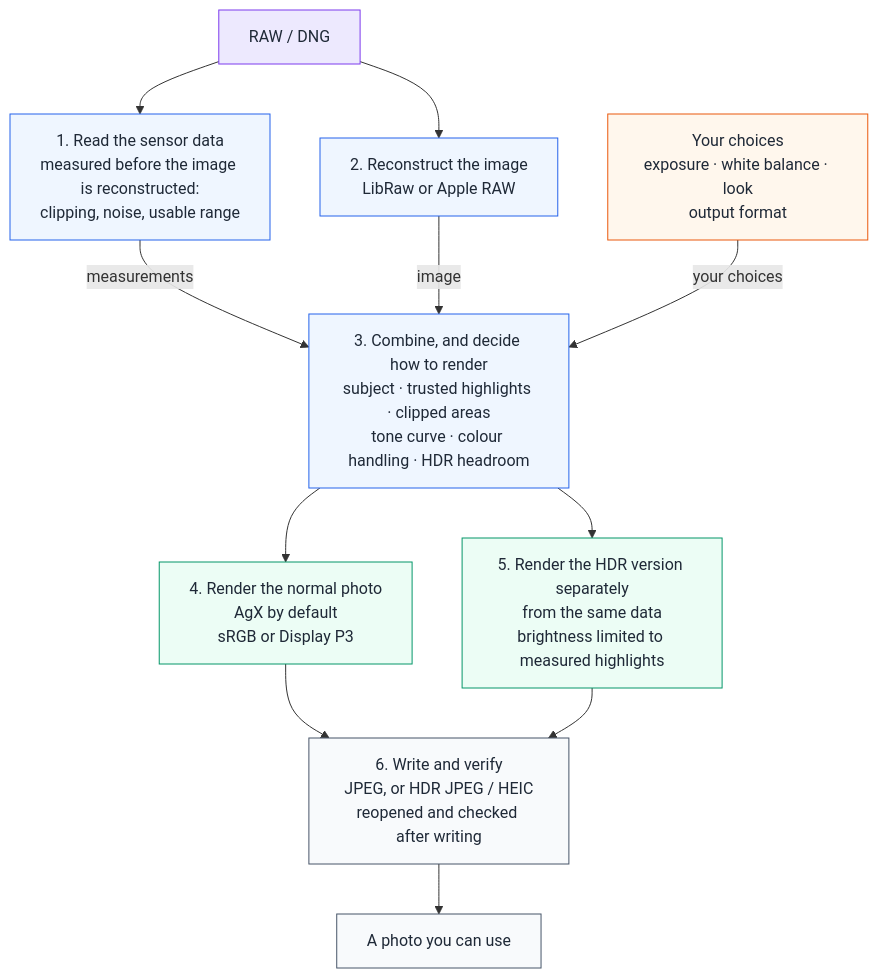
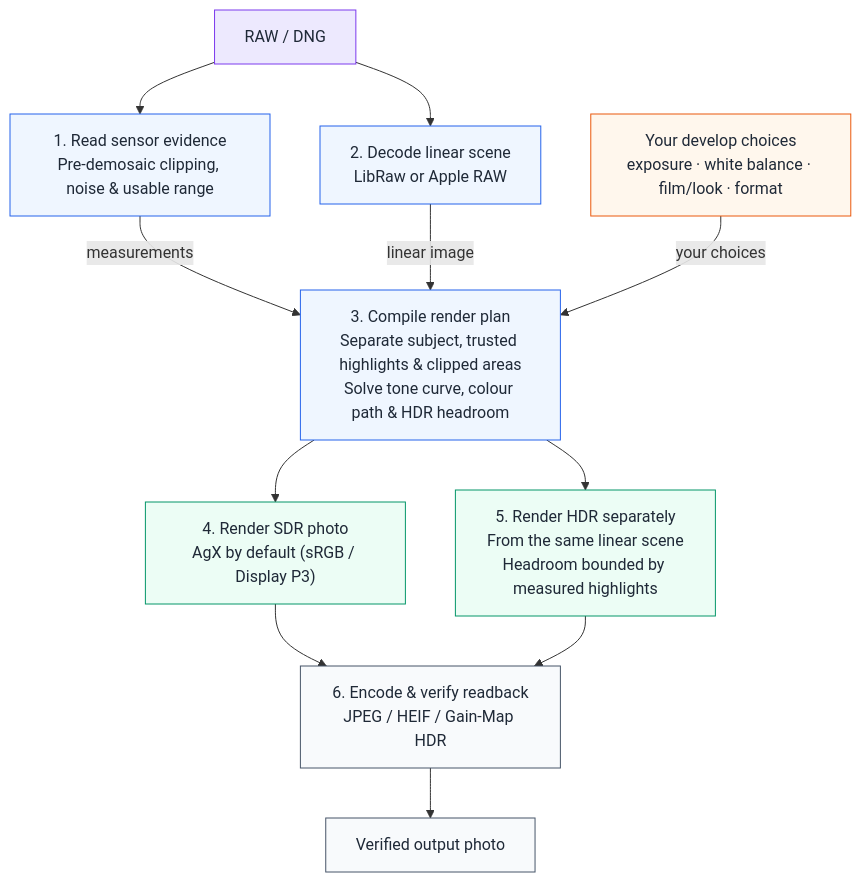
The diagram in README.md (Gen-416/AgXRAW), drawn with Mermaid before and after one commit. The commit also changed other lines of this file and 5 other files, not shown here.

````diff
--- a/README.md
+++ b/README.md
@@ -212,34 +158,34 @@
 ```mermaid
 flowchart TB
     RAW["RAW / DNG"]
-    E["1. Read the sensor data<br/>measured before the image is reconstructed:<br/>clipping, noise, usable range"]
-    D["2. Reconstruct the image<br/>LibRaw or Apple RAW"]
-    I["Your choices<br/>exposure · white balance · look<br/>output format"]
-    P["3. Combine, and decide how to render<br/>subject · trusted highlights · clipped areas<br/>tone curve · colour handling · HDR headroom"]
-    S["4. Render the normal photo<br/>AgX by default<br/>sRGB or Display P3"]
-    H["5. Render the HDR version separately<br/>from the same data<br/>brightness limited to measured highlights"]
-    V["6. Write and verify<br/>JPEG, or HDR JPEG / HEIC<br/>reopened and checked after writing"]
-    OUT["A photo you can use"]
+    E["1. Read sensor evidence<br/>Pre-demosaic clipping, noise & usable range"]
+    D["2. Decode linear scene<br/>LibRaw or Apple RAW"]
+    I["Your develop choices<br/>exposure · white balance · film/look · format"]
+    P["3. Compile render plan<br/>Separate subject, trusted highlights & clipped areas<br/>Solve tone curve, colour path & HDR headroom"]
+    S["4. Render SDR photo<br/>AgX by default (sRGB / Display P3)"]
+    H["5. Render HDR separately<br/>From the same linear scene<br/>Headroom bounded by measured highlights"]
+    V["6. Encode & verify readback<br/>JPEG / HEIF / Gain-Map HDR"]
+    OUT["Verified output photo"]
 
     RAW --> E
     RAW --> D
     E -- "measurements" --> P
-    D -- "image" --> P
+    D -- "linear image" --> P
     I -- "your choices" --> P
     P --> S
     P --> H
     S --> V
     H --> V
     V --> OUT
 
     classDef source fill:#ede9fe,stroke:#7c3aed,color:#1f2937
     classDef process fill:#eff6ff,stroke:#2563eb,color:#1f2937
     classDef intent fill:#fff7ed,stroke:#ea580c,color:#1f2937
     classDef render fill:#ecfdf5,stroke:#059669,color:#1f2937
     classDef delivery fill:#f8fafc,stroke:#475569,color:#1f2937
     class RAW source
     class E,D,P process
     class I intent
     class S,H render
     class V,OUT delivery
 ```
````
